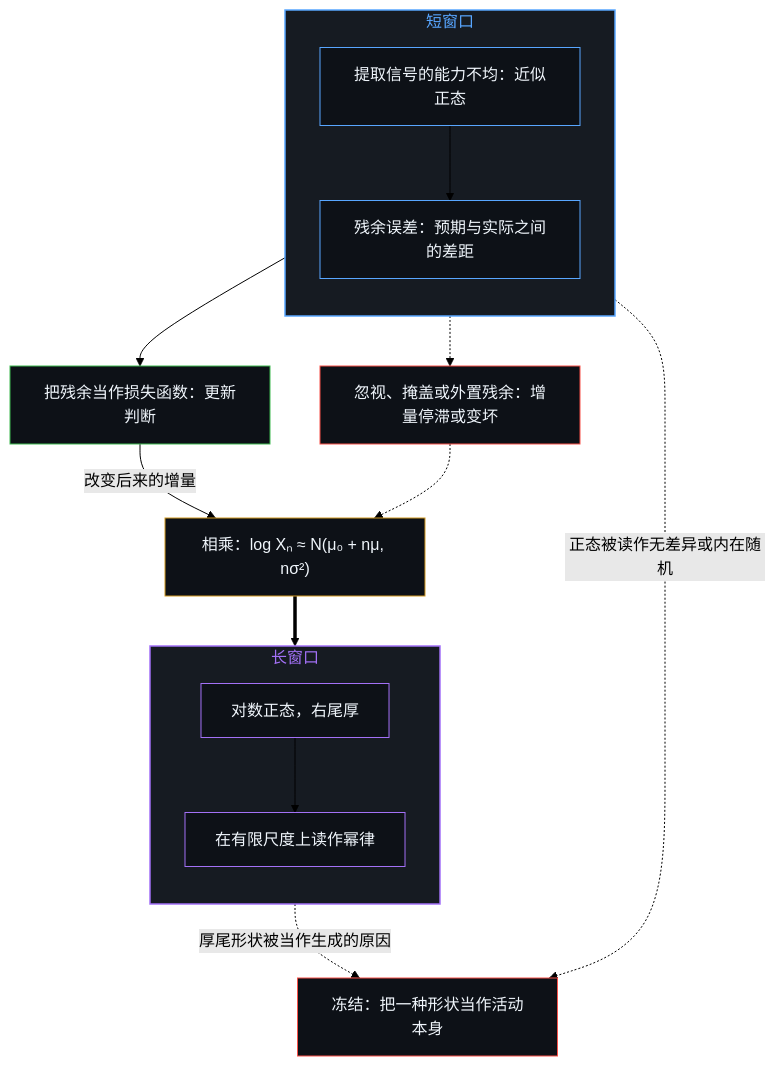
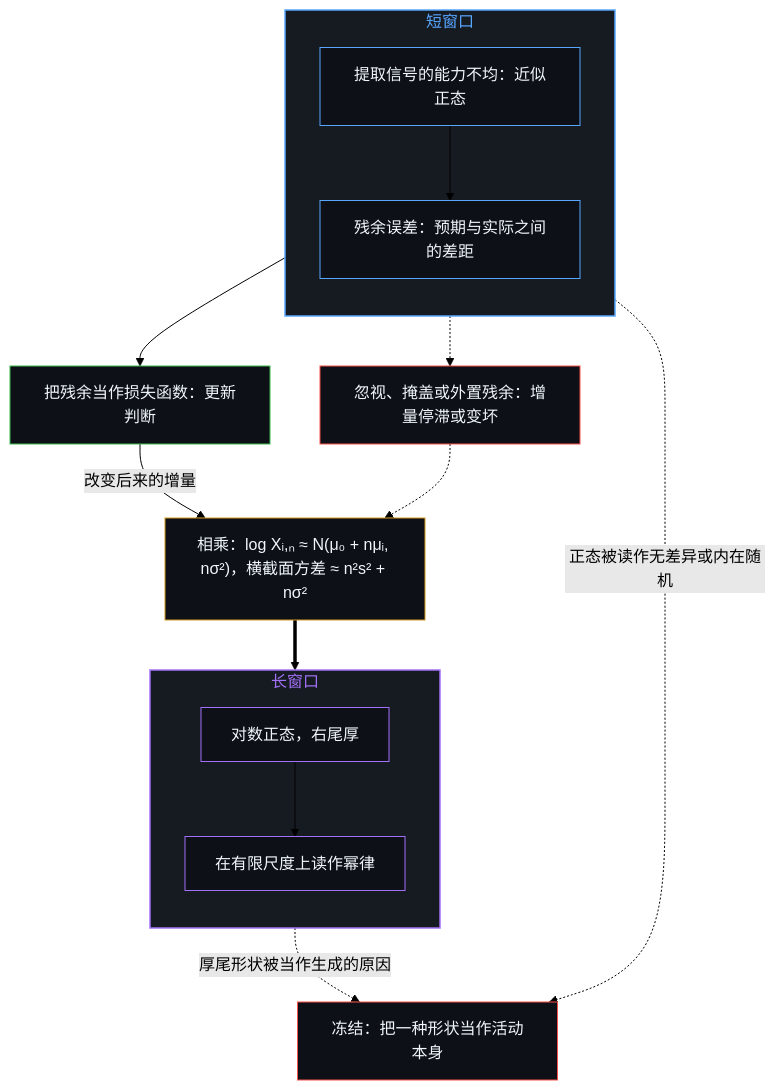
Before and after one commit to powerpig99/not-a-toe: the first of 2 diagrams in content/posts/power-law-is-the-long-term-consequence-of-normal-distribution.md, drawn with Mermaid (forest theme). The commit also changed other lines of this file and 5 other files, not shown here.

Commit message:
Consolidate Deep Sleep Batch 17: the-myth-of-population-collapse-explained, the-average-is-residue-not-the-engine, mi-lv-shi-jie-guo-de-biao-xiang, power-law-is-the-long-term-consequence-of-normal-distribution

````diff
--- a/content/posts/power-law-is-the-long-term-consequence-of-normal-distribution.md
+++ b/content/posts/power-law-is-the-long-term-consequence-of-normal-distribution.md
@@ -55,35 +55,35 @@
 ```mermaid
 flowchart TD
     subgraph S_Short["短窗口"]
         direction TB
         N1["提取信号的能力不均：近似正态"]
         N2["残余误差：预期与实际之间的差距"]
     end
     U["把残余当作损失函数：更新判断"]
     E["忽视、掩盖或外置残余：增量停滞或变坏"]
-    M["相乘：log Xₙ ≈ N(μ₀ + nμ, nσ²)"]
+    M["相乘：log Xᵢ,ₙ ≈ N(μ₀ + nμᵢ, nσ²)，横截面方差 ≈ n²s² + nσ²"]
     subgraph S_Long["长窗口"]
         direction TB
         L1["对数正态，右尾厚"]
         L2["在有限尺度上读作幂律"]
     end
     F["冻结：把一种形状当作活动本身"]
     N1 --> N2
     N2 --> U
     N2 -.-> E
     U -->|"改变后来的增量"| M
     E -.-> M
     M ==> L1 --> L2
     N1 -.->|"正态被读作无差异或内在随机"| F
     L2 -.->|"厚尾形状被当作生成的原因"| F
     style S_Short fill:#161b22,stroke:#58a6ff,stroke-width:1.5px,color:#58a6ff
     style S_Long fill:#161b22,stroke:#a371f7,stroke-width:1.5px,color:#a371f7
     style N1 fill:#0d1117,stroke:#58a6ff,stroke-width:1px,color:#f0f6fc
     style N2 fill:#0d1117,stroke:#58a6ff,stroke-width:1px,color:#f0f6fc
     style U fill:#0d1117,stroke:#3fb950,stroke-width:1px,color:#f0f6fc
     style E fill:#0d1117,stroke:#f85149,stroke-width:1px,color:#f0f6fc
     style M fill:#0d1117,stroke:#d29922,stroke-width:1px,color:#f0f6fc
     style L1 fill:#0d1117,stroke:#a371f7,stroke-width:1px,color:#f0f6fc
     style L2 fill:#0d1117,stroke:#a371f7,stroke-width:1px,color:#f0f6fc
     style F fill:#0d1117,stroke:#f85149,stroke-width:1px,color:#f0f6fc
 ```
````
